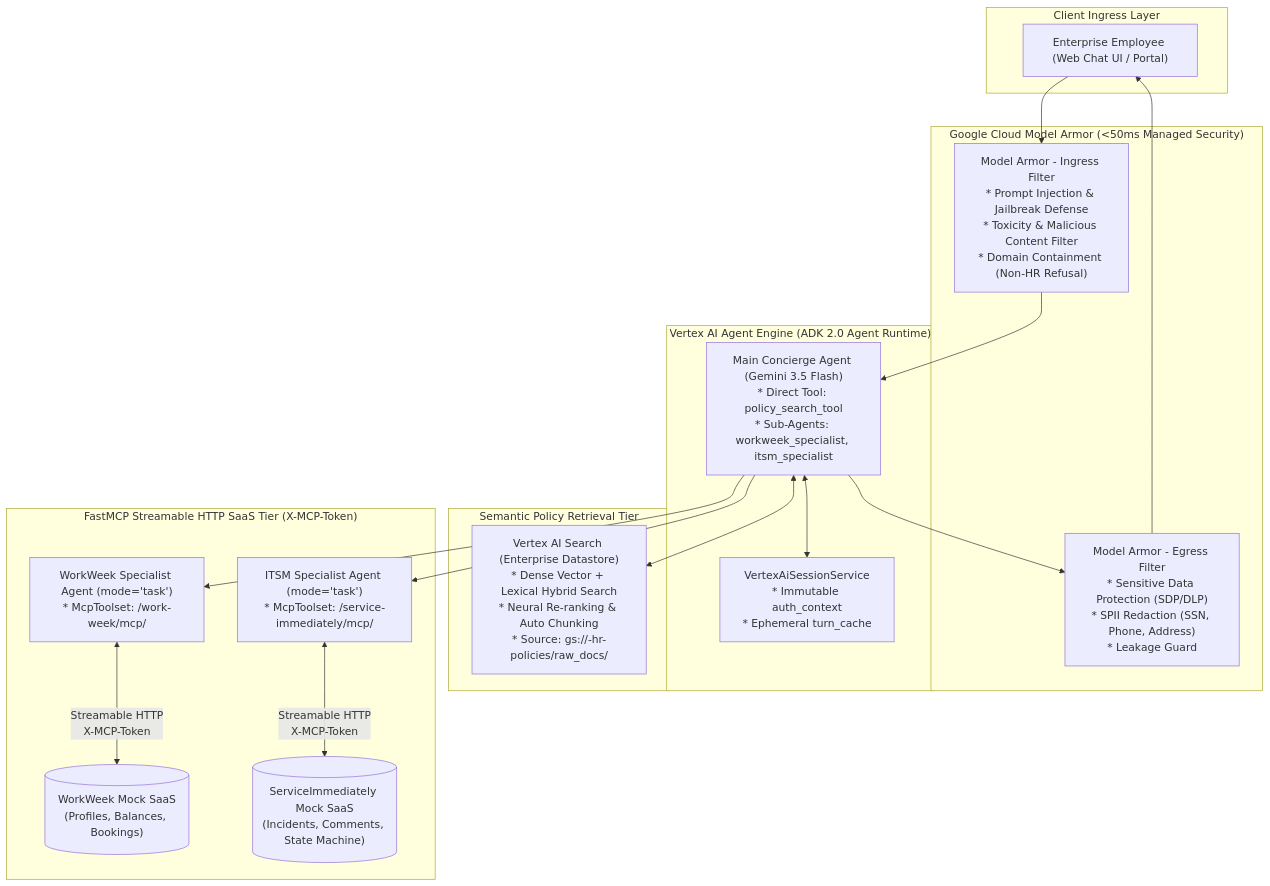
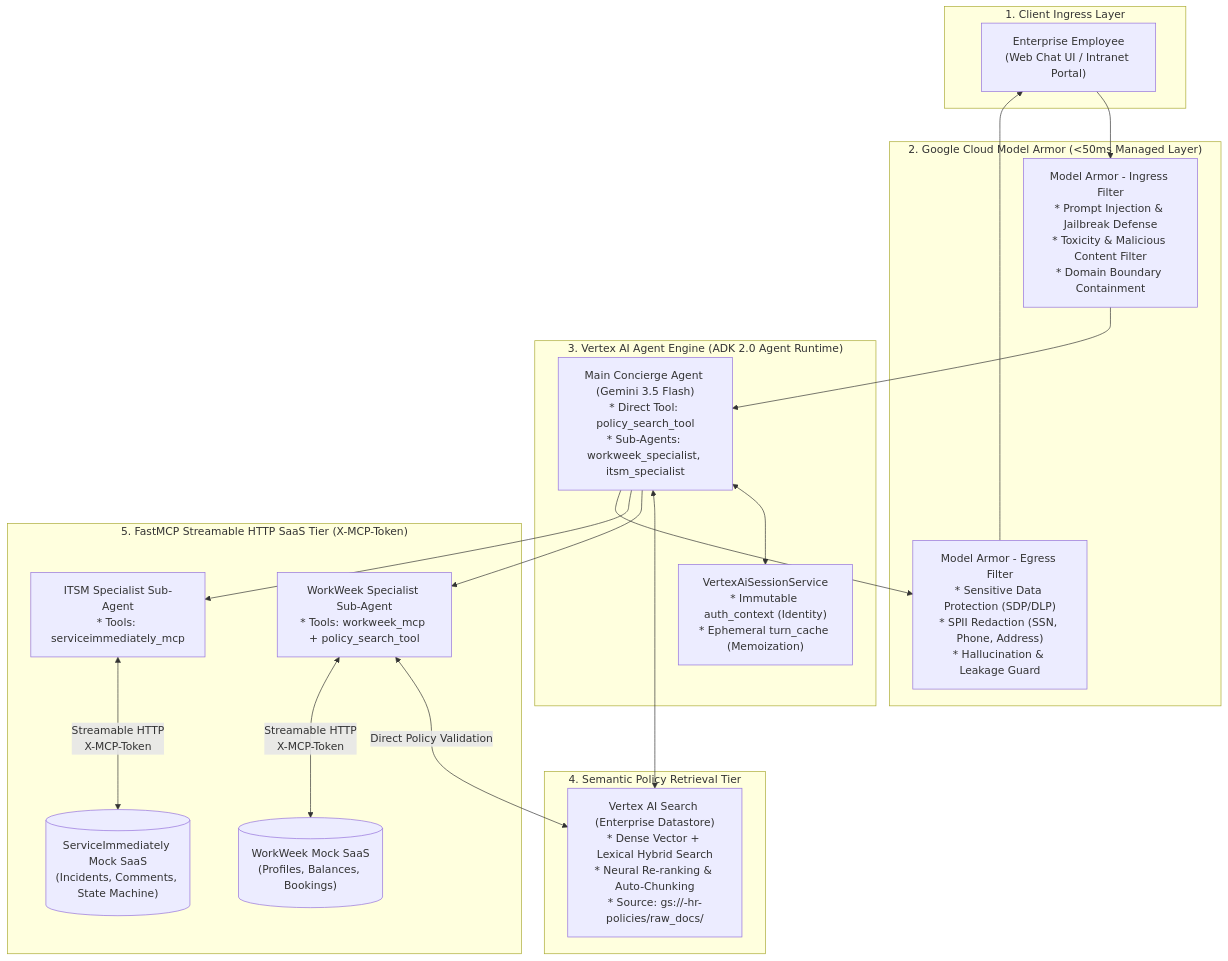
The first of 5 diagrams in docs/SOLUTION_DESIGN_DOCUMENT.md (gungarg/elevate-hr-agent), drawn with Mermaid before and after one commit. The commit also changed other lines of this file and 5 other files, not shown here.

Commit message:
docs: align SDD Revision 5.0 with enterprise 10-section format, Option 2 autonomous specialist policy validation, and Vertex AI Search

````diff
--- a/docs/SOLUTION_DESIGN_DOCUMENT.md
+++ b/docs/SOLUTION_DESIGN_DOCUMENT.md
@@ -76,39 +72,40 @@
 ```mermaid
 flowchart TD
-    subgraph ClientLayer ["Client Ingress Layer"]
-        User["Enterprise Employee (Web Chat UI / Portal)"]
+    subgraph ClientLayer ["1. Client Ingress Layer"]
+        User["Enterprise Employee\n(Web Chat UI / Intranet Portal)"]
     end
 
-    subgraph SecurityGuardrails ["Google Cloud Model Armor (<50ms Managed Security)"]
-        MA_Input["Model Armor - Ingress Filter\n* Prompt Injection & Jailbreak Defense\n* Toxicity & Malicious Content Filter\n* Domain Containment (Non-HR Refusal)"]
-        MA_Output["Model Armor - Egress Filter\n* Sensitive Data Protection (SDP/DLP)\n* SPII Redaction (SSN, Phone, Address)\n* Leakage Guard"]
+    subgraph SecurityGuardrails ["2. Google Cloud Model Armor (<50ms Managed Layer)"]
+        MA_Input["Model Armor - Ingress Filter\n* Prompt Injection & Jailbreak Defense\n* Toxicity & Malicious Content Filter\n* Domain Boundary Containment"]
+        MA_Output["Model Armor - Egress Filter\n* Sensitive Data Protection (SDP/DLP)\n* SPII Redaction (SSN, Phone, Address)\n* Hallucination & Leakage Guard"]
     end
 
-    subgraph OrchestrationLayer ["Vertex AI Agent Engine (ADK 2.0 Agent Runtime)"]
+    subgraph OrchestrationLayer ["3. Vertex AI Agent Engine (ADK 2.0 Agent Runtime)"]
         Concierge["Main Concierge Agent (Gemini 3.5 Flash)\n* Direct Tool: policy_search_tool\n* Sub-Agents: workweek_specialist, itsm_specialist"]
-        SessionStore["VertexAiSessionService\n* Immutable auth_context\n* Ephemeral turn_cache"]
+        SessionStore["VertexAiSessionService\n* Immutable auth_context (Identity)\n* Ephemeral turn_cache (Memoization)"]
     end
 
-    subgraph KnowledgeTier ["Semantic Policy Retrieval Tier"]
-        VAS["Vertex AI Search (Enterprise Datastore)\n* Dense Vector + Lexical Hybrid Search\n* Neural Re-ranking & Auto Chunking\n* Source: gs://<project>-hr-policies/raw_docs/"]
+    subgraph KnowledgeTier ["4. Semantic Policy Retrieval Tier"]
+        VAS["Vertex AI Search (Enterprise Datastore)\n* Dense Vector + Lexical Hybrid Search\n* Neural Re-ranking & Auto-Chunking\n* Source: gs://<project>-hr-policies/raw_docs/"]
     end
 
-    subgraph FastMCPIntegrations ["FastMCP Streamable HTTP SaaS Tier (X-MCP-Token)"]
-        WW_Agent["WorkWeek Specialist Agent (mode='task')\n* McpToolset: /work-week/mcp/"]
-        ITSM_Agent["ITSM Specialist Agent (mode='task')\n* McpToolset: /service-immediately/mcp/"]
+    subgraph FastMCPIntegrations ["5. FastMCP Streamable HTTP SaaS Tier (X-MCP-Token)"]
+        WW_Agent["WorkWeek Specialist Sub-Agent\n* Tools: workweek_mcp + policy_search_tool"]
+        ITSM_Agent["ITSM Specialist Sub-Agent\n* Tools: serviceimmediately_mcp"]
         
         WW_SaaS[("WorkWeek Mock SaaS\n(Profiles, Balances, Bookings)")]
         ITSM_SaaS[("ServiceImmediately Mock SaaS\n(Incidents, Comments, State Machine)")]
     end
 
     User --> MA_Input
     MA_Input --> Concierge
     Concierge <--> SessionStore
     Concierge <--> VAS
     Concierge --> WW_Agent
     Concierge --> ITSM_Agent
+    WW_Agent <-->|Direct Policy Validation| VAS
     WW_Agent <-->|Streamable HTTP\nX-MCP-Token| WW_SaaS
     ITSM_Agent <-->|Streamable HTTP\nX-MCP-Token| ITSM_SaaS
     Concierge --> MA_Output
     MA_Output --> User
 ```
````
